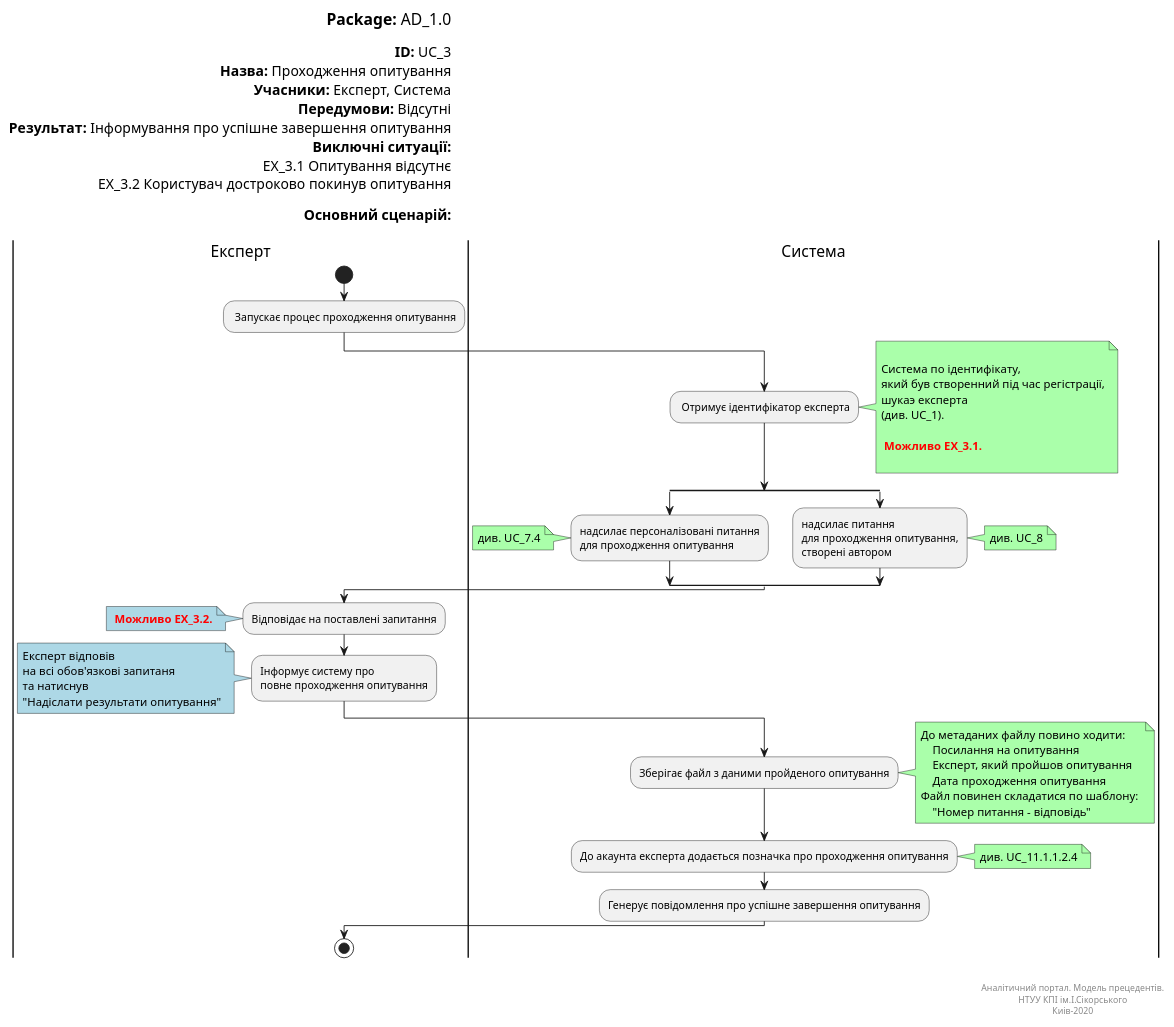
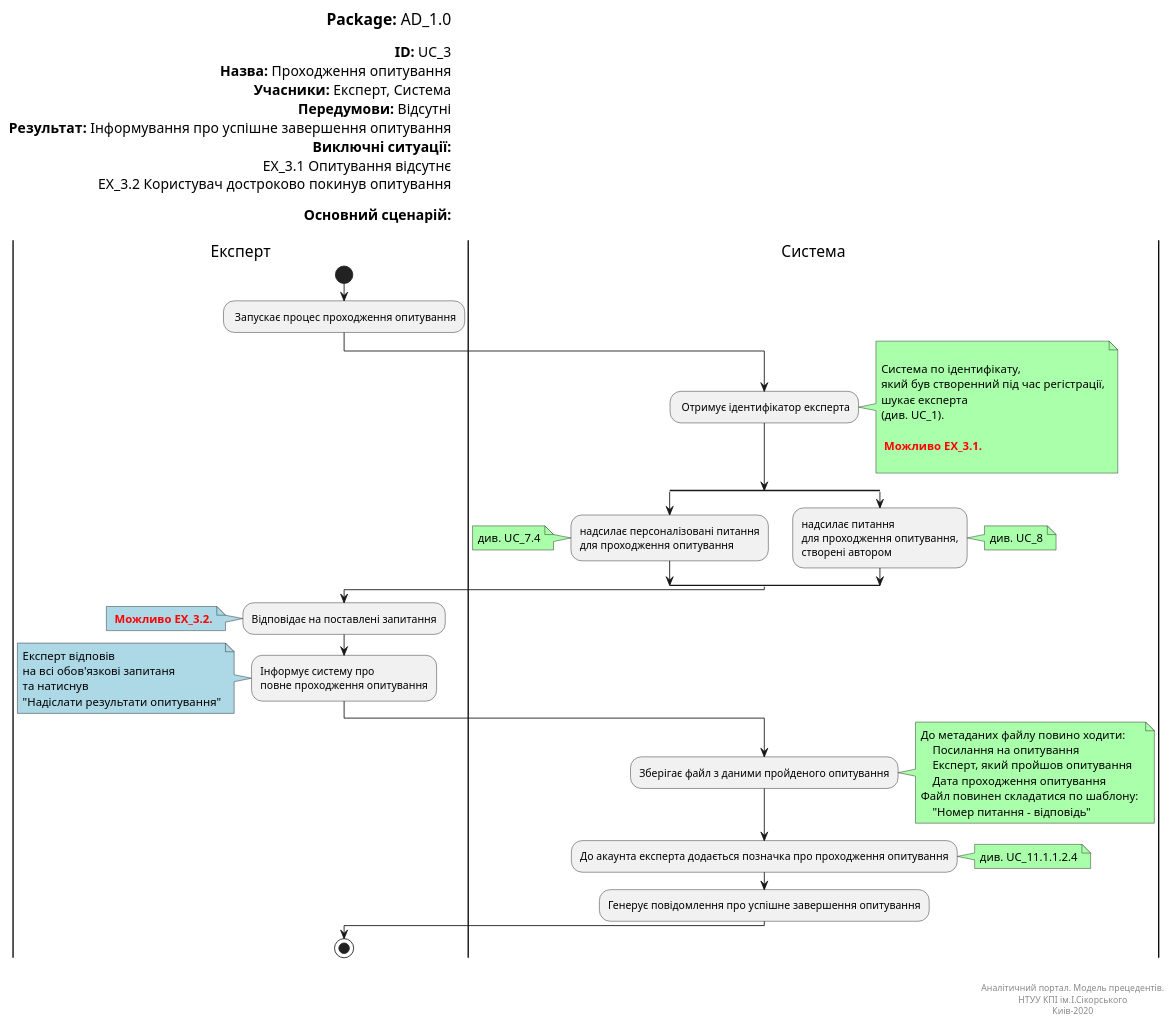
One commit to vano7577/UML changed the diagram in AD_1.puml. Above: the diagram before and after it, drawn with PlantUML. The commit also changed 2 other files, not shown here.

```diff
--- a/AD_1.puml
+++ b/AD_1.puml
@@ -1,103 +1,103 @@
 @startuml AD_1.0
 
 left header
 <font color=000 size=18><b>Package:</b> AD_1.0
 
 <font color=000 size=16><b>ID:</b> UC_3
 <font color=000 size=16><b>Назва:</b> Проходження опитування
 <font color=000 size=16><b>Учасники:</b> Експерт, Система
 <font color=000 size=16><b>Передумови:</b> Відсутні
 <font color=000 size=16><b>Результат:</b> Інформування про успішне завершення опитування
 <font color=000 size=16><b>Виключні ситуації:</b>
 <font color=000 size=16> EX_3.1 Опитування відсутнє
 <font color=000 size=16> EX_3.2 Користувач достроково покинув опитування
 
 <font color=000 size=16><b>Основний сценарій:</b>
 
 end header
 
 |Експерт|
 start
 : Запускає процес проходження опитування;
 
 
 |Система|
 : Отримує ідентифікатор експерта;
 
 note right #aaffaa
 
 Система по ідентифікату,
 який був створенний під час регістрації,
-шукаэ експерта
+шукає експерта
 (див. UC_1).
 
 <font color=red><b> Можливо EX_3.1.
 
 end note
 
 split
 :надсилає персоналізовані питання 
 для проходження опитування;
 
 note left #aaffaa
 див. UC_7.4
 end note
 
 split again
 :надсилає питання 
 для проходження опитування,
 створені автором;
 
 note right #aaffaa
 див. UC_8
 end note
 end split
 
 |Експерт|
 :Відповідає на поставлені запитання;
 
 note left #LightBlue
 <font color=red><b> Можливо EX_3.2.
 end note
 
 :Інформує систему про 
 повне проходження опитування;
 
 note left #LightBlue
 Експерт відповів
 на всі обов'язкові запитаня
 та натиснув 
 "Надіслати результати опитування"
 end note
 
 
 |Система|
 :Зберігає файл з даними пройденого опитування;
 
 note right #aaffaa
 До метаданих файлу повино ходити:
     Посилання на опитування
     Експерт, який пройшов опитування
     Дата проходження опитування
 Файл повинен складатися по шаблону: 
     "Номер питання - відповідь"
 end note
 
 :До акаунта експерта додається позначка про проходження опитування;
 
 note right #aaffaa
 див. UC_11.1.1.2.4
 end note
 :Генерує повідомлення про успішне завершення опитування;
 |Експерт|
 stop;
 
 right footer
 
 
 Аналітичний портал. Модель прецедентів.
 НТУУ КПІ ім.І.Сікорського
 Киів-2020
 end footer
 
 @enduml
```
